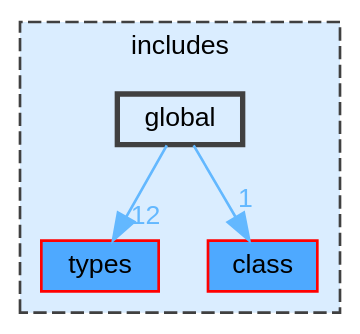
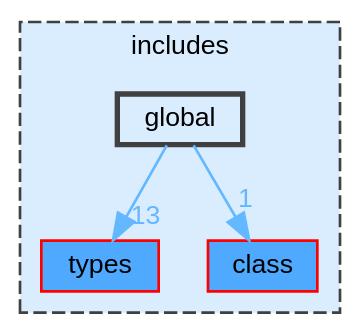
One commit to JS-CMP/JS-CMP changed the diagram in dir_ab3240e1f48e07e7724fe257c5d3746b_dep.dot. Above: the diagram before and after it, drawn with Graphviz. The commit also changed 308 other files, not shown here.

```diff
--- a/dir_ab3240e1f48e07e7724fe257c5d3746b_dep.dot
+++ b/dir_ab3240e1f48e07e7724fe257c5d3746b_dep.dot
@@ -1,16 +1,16 @@
 digraph "includes/global"
 {
  // LATEX_PDF_SIZE
   bgcolor="transparent";
   edge [fontname=Helvetica,fontsize=10,labelfontname=Helvetica,labelfontsize=10];
   node [fontname=Helvetica,fontsize=10,shape=box,height=0.2,width=0.4];
   compound=true
   subgraph clusterdir_09e761304027c904456130627fd4dcf5 {
     graph [ bgcolor="#daedff", pencolor="grey25", label="includes", fontname=Helvetica,fontsize=10 style="filled,dashed", URL="dir_09e761304027c904456130627fd4dcf5.html",tooltip=""]
   dir_00373071588607d1d83d0faa600e52a0 [label="types", fillcolor="#4ea9ff", color="red", style="filled", URL="dir_00373071588607d1d83d0faa600e52a0.html",tooltip=""];
   dir_6b079f5d9ee168c5f829c0b23b1fe689 [label="class", fillcolor="#4ea9ff", color="red", style="filled", URL="dir_6b079f5d9ee168c5f829c0b23b1fe689.html",tooltip=""];
   dir_ab3240e1f48e07e7724fe257c5d3746b [label="global", fillcolor="#daedff", color="grey25", style="filled,bold", URL="dir_ab3240e1f48e07e7724fe257c5d3746b.html",tooltip=""];
   }
-  dir_ab3240e1f48e07e7724fe257c5d3746b->dir_00373071588607d1d83d0faa600e52a0 [headlabel="12", labeldistance=1.5 headhref="dir_000017_000043.html" href="dir_000017_000043.html" color="steelblue1" fontcolor="steelblue1"];
-  dir_ab3240e1f48e07e7724fe257c5d3746b->dir_6b079f5d9ee168c5f829c0b23b1fe689 [headlabel="1", labeldistance=1.5 headhref="dir_000017_000006.html" href="dir_000017_000006.html" color="steelblue1" fontcolor="steelblue1"];
+  dir_ab3240e1f48e07e7724fe257c5d3746b->dir_00373071588607d1d83d0faa600e52a0 [headlabel="13", labeldistance=1.5 headhref="dir_000018_000044.html" href="dir_000018_000044.html" color="steelblue1" fontcolor="steelblue1"];
+  dir_ab3240e1f48e07e7724fe257c5d3746b->dir_6b079f5d9ee168c5f829c0b23b1fe689 [headlabel="1", labeldistance=1.5 headhref="dir_000018_000006.html" href="dir_000018_000006.html" color="steelblue1" fontcolor="steelblue1"];
 }
```
